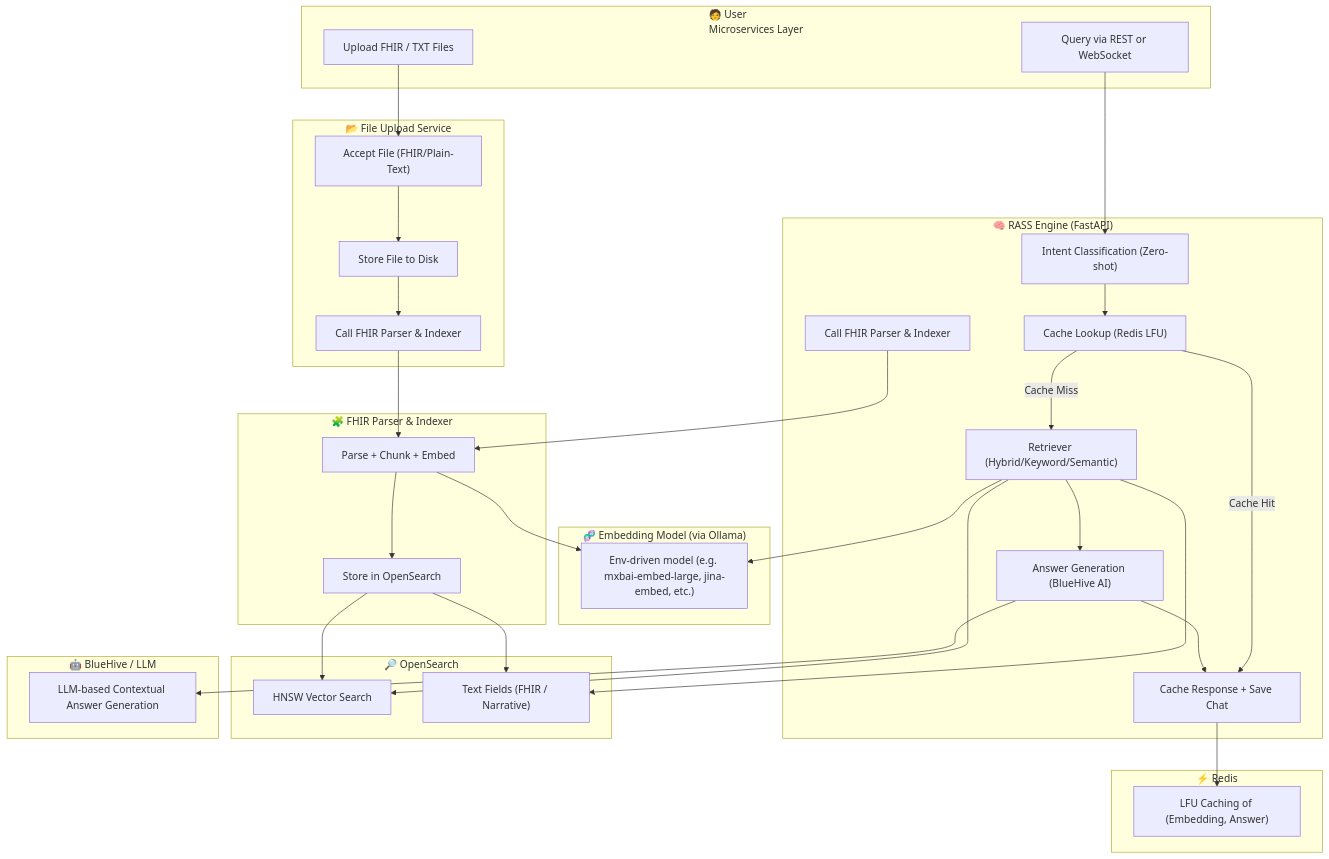
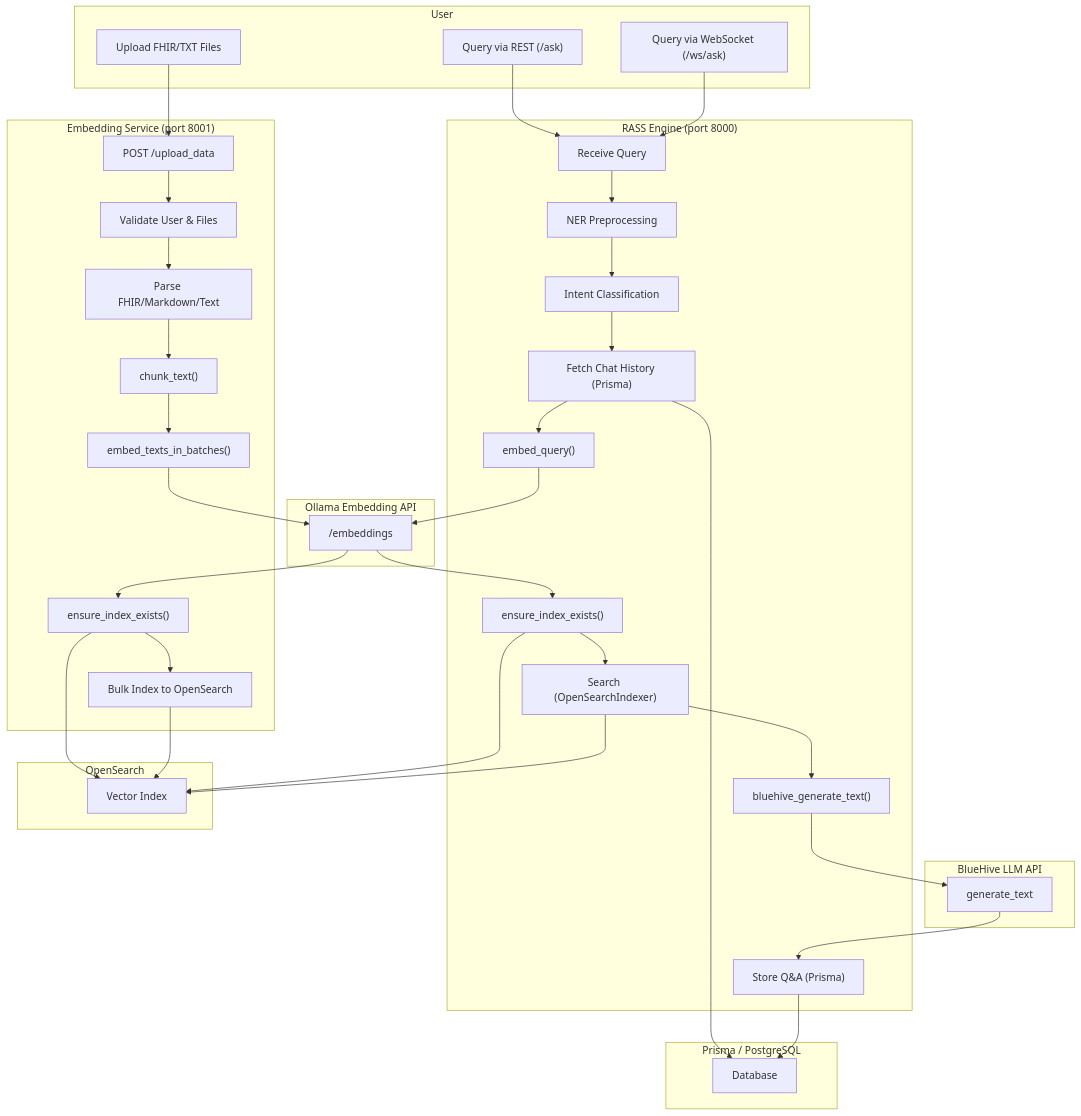
One commit to NeuralRevenant/RASSEngine changed the diagram in README.md. Above: the diagram before and after it, drawn with Mermaid.

````diff
--- a/README.md
+++ b/README.md
@@ -17,61 +17,64 @@
 ```mermaid
 flowchart TD
-  subgraph User["🧑 User
-Microservices Layer"]
-    UQ["Query via REST or WebSocket"]
-    UF["Upload FHIR / TXT Files"]
+  %% Users
+  subgraph User["User"]
+    UQ["Query via REST (/ask)"]
+    UWS["Query via WebSocket (/ws/ask)"]
+    UPL["Upload FHIR/TXT Files"]
   end
 
-  subgraph UploadService["📂 File Upload Service"]
-    F1["Accept File (FHIR/Plain-Text)"]
-    F2["Store File to Disk"]
-    F3["Call FHIR Parser & Indexer"]
+  %% RASS Engine (Query Microservice)
+  subgraph RASSEngine["RASS Engine (port 8000)"]
+    A1["Receive Query"]
+    A2["NER Preprocessing"]
+    A3["Intent Classification"]
+    A4["Fetch Chat History (Prisma)"]
+    A5["embed_query()"]
+    A6["ensure_index_exists()"]
+    A7["Search (OpenSearchIndexer)"]
+    A8["bluehive_generate_text()"]
+    A9["Store Q&A (Prisma)"]
   end
 
-  subgraph FastAPI["🧠 RASS Engine (FastAPI)"]
-    A1["Intent Classification (Zero-shot)"]
-    A2["Cache Lookup (Redis LFU)"]
-    A3["Retriever (Hybrid/Keyword/Semantic)"]
-    A4["Answer Generation (BlueHive AI)"]
-    A5["Cache Response + Save Chat"]
-    A6["Call FHIR Parser & Indexer"]
+  %% Embedding Service (File Ingestion)
+  subgraph EmbeddingService["Embedding Service (port 8001)"]
+    B1["POST /upload_data"]
+    B2["Validate User & Files"]
+    B3["Parse FHIR/Markdown/Text"]
+    B4["chunk_text()"]
+    B5["embed_texts_in_batches()"]
+    B6["ensure_index_exists()"]
+    B7["Bulk Index to OpenSearch"]
   end
 
-  subgraph Embedding["🧬 Embedding Model (via Ollama)"]
-    B1["Env-driven model (e.g. mxbai-embed-large, jina-embed, etc.)"]
+  %% External APIs & DBs
+  subgraph Ollama["Ollama Embedding API"]
+    OL["/embeddings"]
   end
 
-  subgraph OpenSearch["🔎 OpenSearch"]
-    C1["HNSW Vector Search"]
-    C2["Text Fields (FHIR / Narrative)"]
+  subgraph OpenSearch["OpenSearch"]
+    OS["Vector Index"]
   end
 
-  subgraph Redis["⚡ Redis"]
-    D1["LFU Caching of (Embedding, Answer)"]
+  subgraph BlueHive["BlueHive LLM API"]
+    BH["generate_text"]
   end
 
-  subgraph BlueHive["🤖 BlueHive / LLM"]
-    E1["LLM-based Contextual Answer Generation"]
+  subgraph Prisma["Prisma / PostgreSQL"]
+    DB["Database"]
   end
 
-  subgraph FHIRParser["🧩 FHIR Parser & Indexer"]
-    P1["Parse + Chunk + Embed"]
-    P2["Store in OpenSearch"]
-  end
+  %% Query flow
+  UQ --> A1
+  UWS --> A1
+  A1 --> A2 --> A3 --> A4
+  A4 --> DB
+  A4 --> A5 --> OL --> A6 --> OS
+  A6 --> A7 --> OS
+  A7 --> A8 --> BH --> A9 --> DB
 
-  %% Query Flow
-  UQ --> A1 --> A2
-  A2 -->|Cache Hit| A5
-  A2 -->|Cache Miss| A3
-  A3 --> C1 & C2
-  A3 --> B1
-  A3 --> A4 --> E1
-  A4 --> A5 --> D1
-
-  %% Upload Flow
-  UF --> F1 --> F2 --> F3 --> P1 --> B1
-  P1 --> P2 --> C2 & C1
-
-  %% Ingestion Triggered from RASS
-  A6 --> P1
+  %% Ingestion flow
+  UPL --> B1 --> B2 --> B3 --> B4 --> B5 --> OL
+  OL --> B6 --> OS
+  B6 --> B7 --> OS
 ```
````
